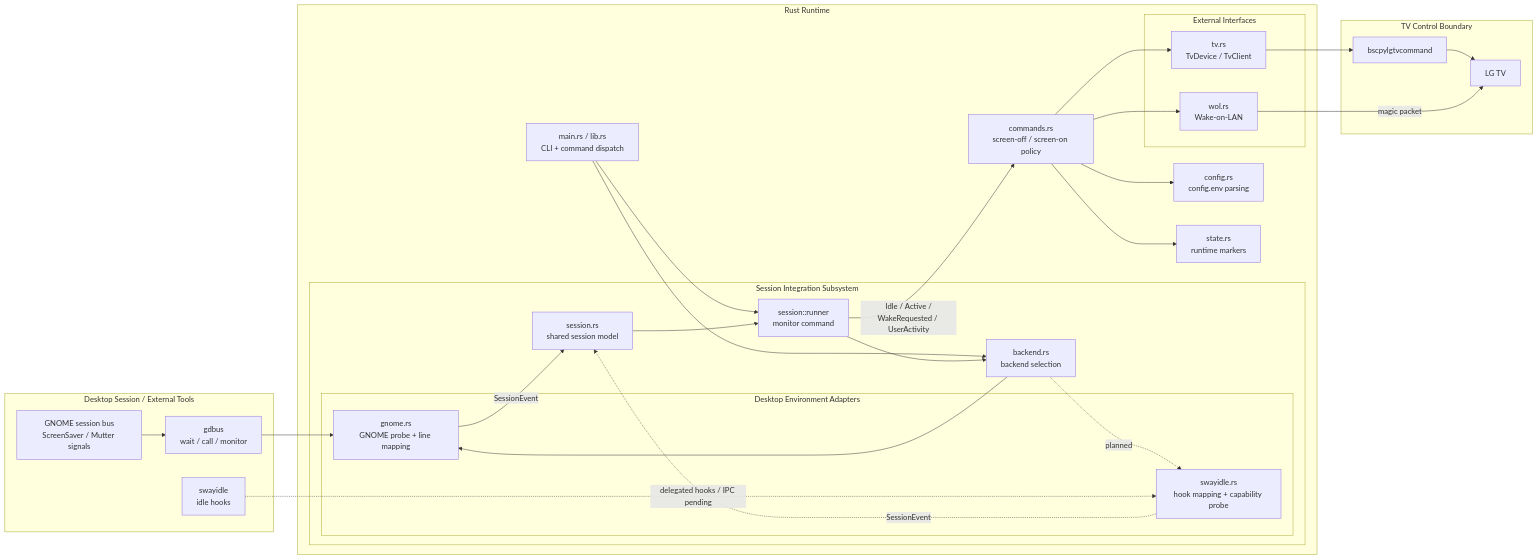
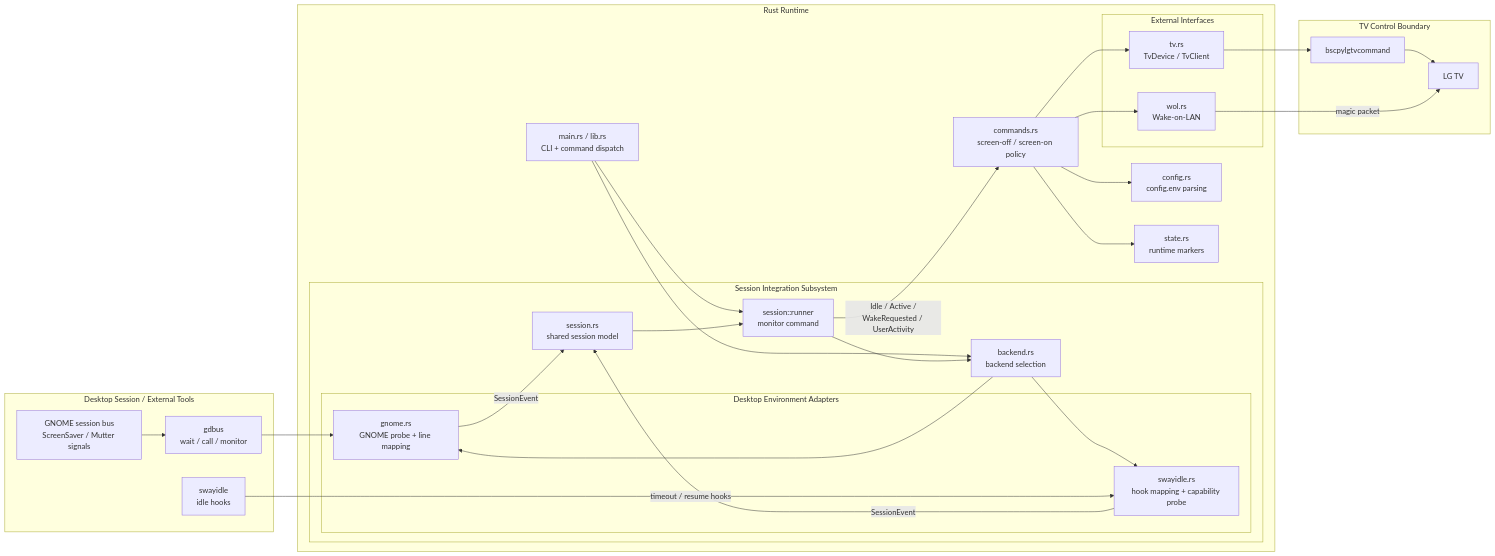
The diagram in docs/architecture-overview.md (Staphylococcus/LG_Buddy), drawn with Mermaid before and after one commit. The commit also changed other lines of this file and 14 other files, not shown here.

````diff
--- a/docs/architecture-overview.md
+++ b/docs/architecture-overview.md
@@ -46,59 +47,59 @@
 ```mermaid
 flowchart LR
     subgraph Desktop["Desktop Session / External Tools"]
         GNOME["GNOME session bus<br/>ScreenSaver / Mutter signals"]
         GDBUS["gdbus<br/>wait / call / monitor"]
         SWAY["swayidle<br/>idle hooks"]
     end
 
     subgraph Rust["Rust Runtime"]
         MAIN["main.rs / lib.rs<br/>CLI + command dispatch"]
         COMMANDS["commands.rs<br/>screen-off / screen-on policy"]
         CONFIG["config.rs<br/>config.env parsing"]
         STATE["state.rs<br/>runtime markers"]
 
         subgraph SessionSubsystem["Session Integration Subsystem"]
             BACKEND["backend.rs<br/>backend selection"]
             SESSIONMODEL["session.rs<br/>shared session model"]
             RUNNER["session::runner<br/>monitor command"]
 
             subgraph DEAdapters["Desktop Environment Adapters"]
                 GADAPTER["gnome.rs<br/>GNOME probe + line mapping"]
                 SADAPTER["swayidle.rs<br/>hook mapping + capability probe"]
             end
         end
 
         subgraph ExternalInterfaces["External Interfaces"]
             TV["tv.rs<br/>TvDevice / TvClient"]
             WOL["wol.rs<br/>Wake-on-LAN"]
         end
     end
 
     subgraph TVBoundary["TV Control Boundary"]
         BSCPY["bscpylgtvcommand"]
         LGTV["LG TV"]
     end
 
     MAIN --> BACKEND
     MAIN --> RUNNER
     RUNNER --> BACKEND
     BACKEND --> GADAPTER
-    BACKEND -. planned .-> SADAPTER
+    BACKEND --> SADAPTER
 
     GNOME --> GDBUS
     GDBUS --> GADAPTER
     GADAPTER -->|"SessionEvent"| SESSIONMODEL
 
-    SWAY -. delegated hooks / IPC pending .-> SADAPTER
-    SADAPTER -. SessionEvent .-> SESSIONMODEL
+    SWAY -->|"timeout / resume hooks"| SADAPTER
+    SADAPTER -->|"SessionEvent"| SESSIONMODEL
     SESSIONMODEL --> RUNNER
 
     RUNNER -->|"Idle / Active /<br/>WakeRequested / UserActivity"| COMMANDS
     COMMANDS --> CONFIG
     COMMANDS --> STATE
     COMMANDS --> TV
     COMMANDS --> WOL
 
     TV --> BSCPY --> LGTV
     WOL -->|"magic packet"| LGTV
 ```
````
